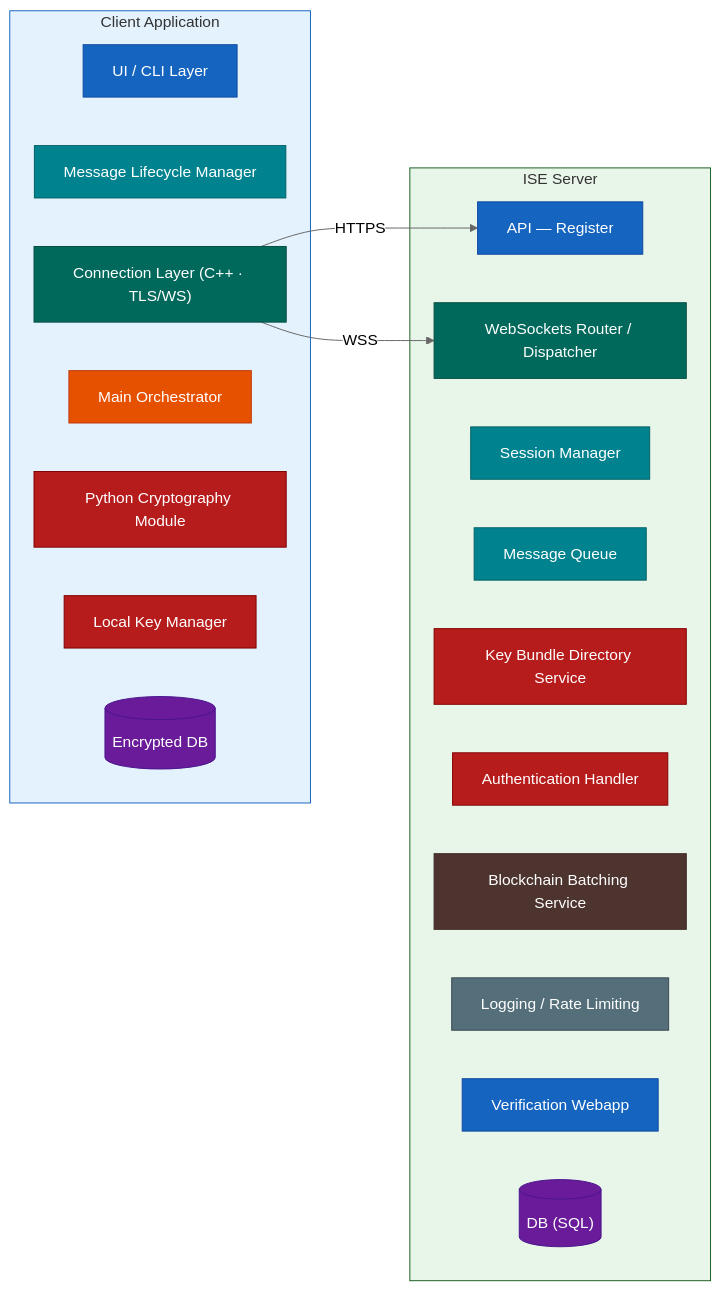
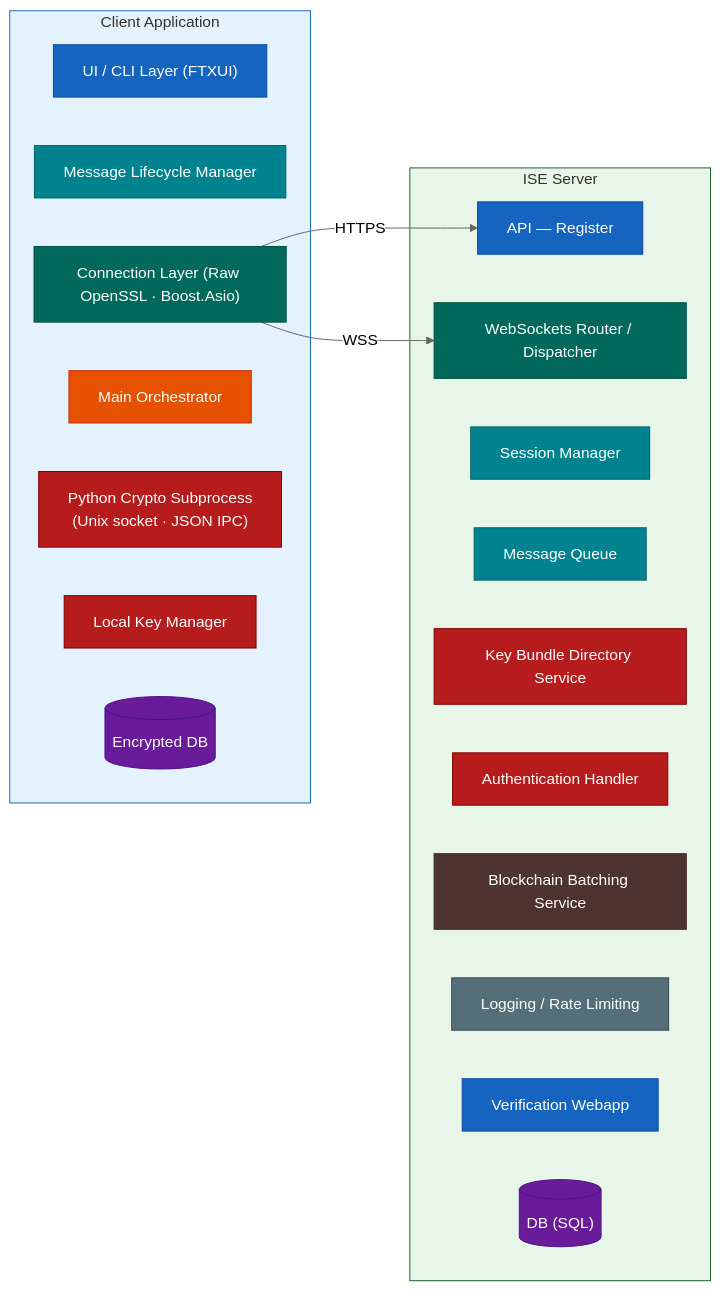
One commit to meltedelement/EPIC-1bit2qbit changed the first of 3 diagrams in docs/architecture.md. Above: the diagram before and after it, drawn with Mermaid (neutral theme). The commit also changed other lines of this file and 3 other files, not shown here.

Commit message:
Updated docs with new python subprocess structure, added repr on usernames in logs, renamed sessionfactory, Moved password verification and argon to a worker thread so  it isnt as dosable

````diff
--- a/docs/architecture.md
+++ b/docs/architecture.md
@@ -5,40 +5,40 @@
 ```mermaid
 flowchart LR
     classDef entry      fill:#1565C0,stroke:#0D47A1,color:#fff
     classDef orch       fill:#E65100,stroke:#BF360C,color:#fff
     classDef transport  fill:#00695C,stroke:#004D40,color:#fff
     classDef messaging  fill:#00838F,stroke:#006064,color:#fff
     classDef security   fill:#B71C1C,stroke:#7F0000,color:#fff
     classDef blockchain fill:#4E342E,stroke:#3E2723,color:#fff
     classDef infra      fill:#546E7A,stroke:#37474F,color:#fff
     classDef storage    fill:#6A1B9A,stroke:#4A148C,color:#fff
 
     subgraph CA["Client Application"]
-        UI["UI / CLI Layer"]:::entry
+        UI["UI / CLI Layer (FTXUI)"]:::entry
         MLM["Message Lifecycle Manager"]:::messaging
-        CONN["Connection Layer (C++ · TLS/WS)"]:::transport
+        CONN["Connection Layer (Raw OpenSSL · Boost.Asio)"]:::transport
         ORCH["Main Orchestrator"]:::orch
-        CRYPTO["Python Cryptography Module"]:::security
+        CRYPTO["Python Crypto Subprocess\n(Unix socket · JSON IPC)"]:::security
         KEYS["Local Key Manager"]:::security
         DBC[("Encrypted DB")]:::storage
     end
 
     subgraph ISE["ISE Server"]
         API["API — Register"]:::entry
         WS["WebSockets Router / Dispatcher"]:::transport
         SESSION["Session Manager"]:::messaging
         MQ["Message Queue"]:::messaging
         KBD["Key Bundle Directory Service"]:::security
         AUTHN["Authentication Handler"]:::security
         BC["Blockchain Batching Service"]:::blockchain
         LOG["Logging / Rate Limiting"]:::infra
         WEBAPP["Verification Webapp"]:::entry
         DBS[("DB (SQL)")]:::storage
     end
 
     CONN -->|HTTPS| API
     CONN -->|WSS| WS
 
     style CA fill:#E3F2FD,stroke:#1565C0
     style ISE fill:#E8F5E9,stroke:#1B5E20
 ```
````
